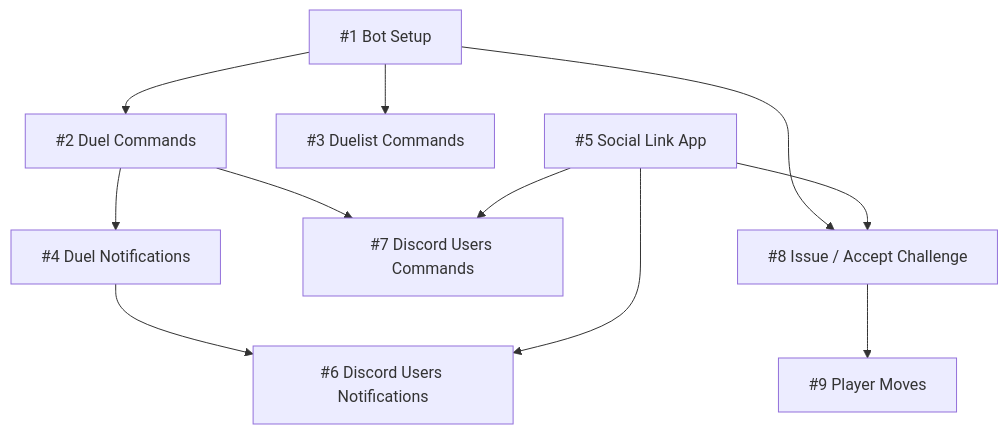
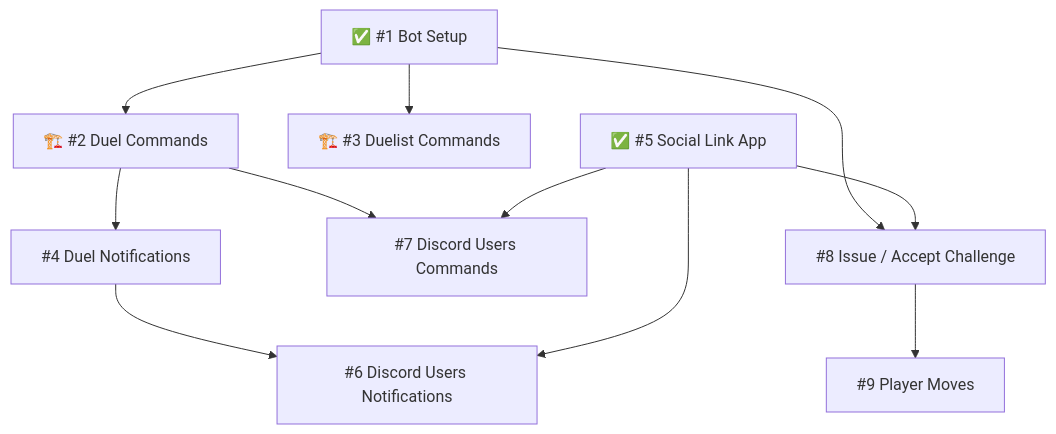
The diagram in README.md (underware-gg/pistols-discord-bot), drawn with Mermaid before and after one commit.

````diff
--- a/README.md
+++ b/README.md
@@ -17,24 +17,24 @@
 ```mermaid
 graph TD;
-  A[#1 Bot Setup];
-  B[#2 Duel Commands];
-  C[#3 Duelist Commands];
+  A[✅ #1 Bot Setup];
+  B[🏗️ #2 Duel Commands];
+  C[🏗️ #3 Duelist Commands];
   D[#4 Duel Notifications];
-  E[#5 Social Link App];
+  E[✅ #5 Social Link App];
   F[#6 Discord Users Notifications];
   G[#7 Discord Users Commands];
   H[#8 Issue / Accept Challenge];
   I[#9 Player Moves];
 
   A-->B;
   A-->C;
   B-->D;
   D-->F;
   E-->F;
   B-->G;
   E-->G;
   A-->H;
   E-->H;
   H-->I;
 
 ```
````
